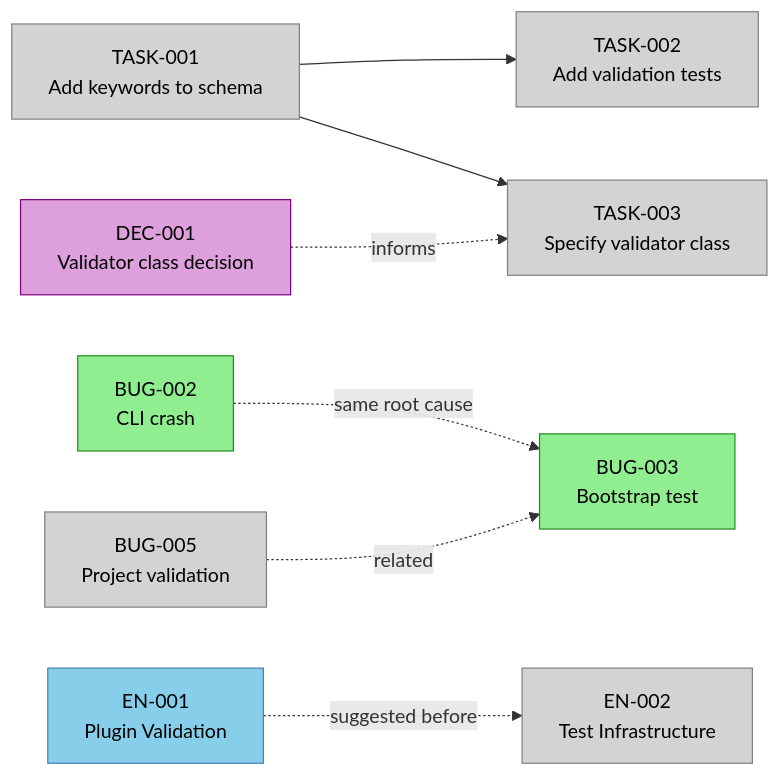
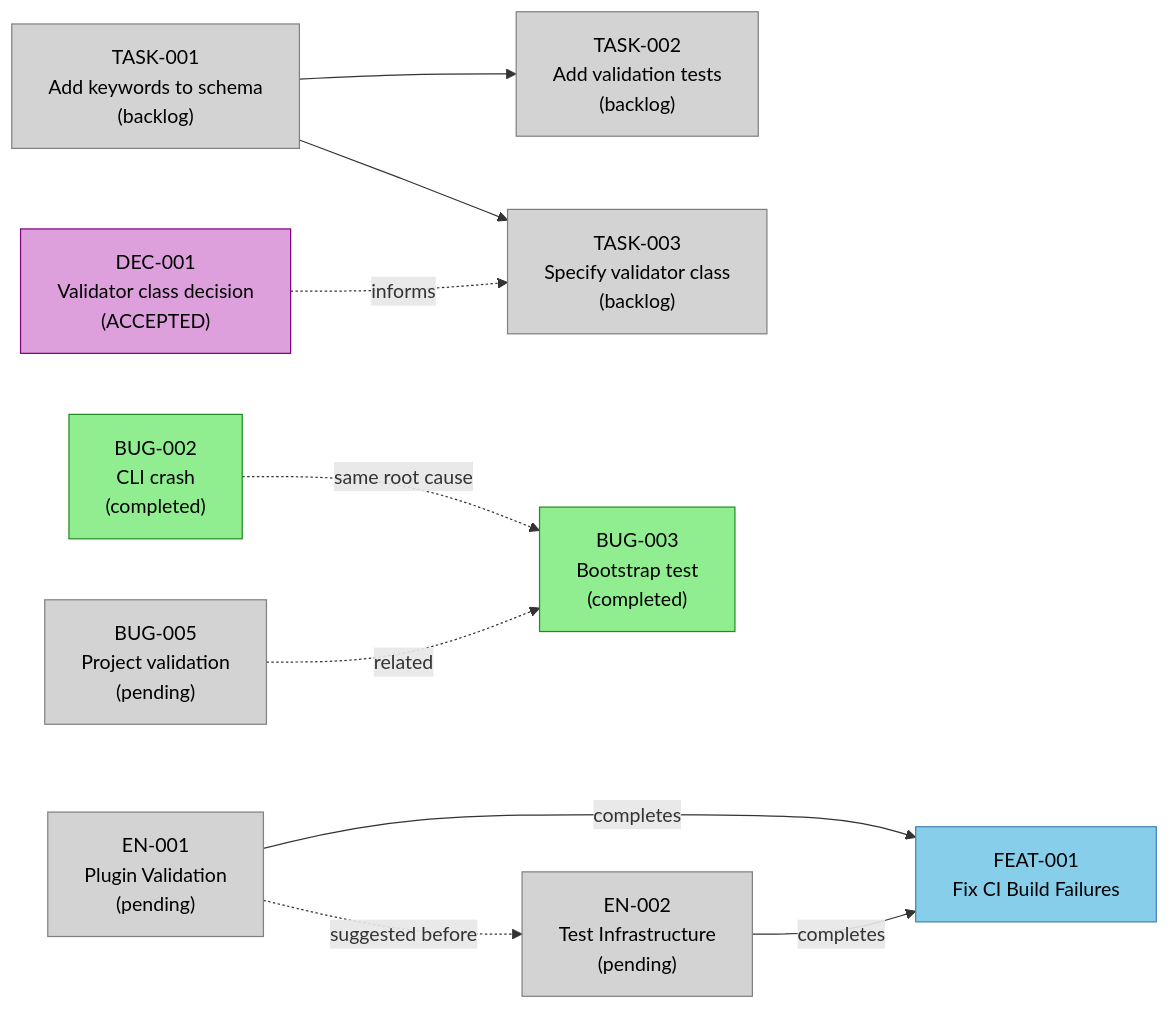
One commit to geekatron/jerry changed the second of 5 diagrams in projects/PROJ-001-oss-release/work/EPIC-001-oss-release/EPIC-001-hierarchy-visualization.md. Above: the diagram before and after it, drawn with Mermaid. The commit also changed other lines of this file, not shown here.

First line of the commit message:
docs(worktracker): add all diagram types to hierarchy visualization

````diff
--- a/projects/PROJ-001-oss-release/work/EPIC-001-oss-release/EPIC-001-hierarchy-visualization.md
+++ b/projects/PROJ-001-oss-release/work/EPIC-001-oss-release/EPIC-001-hierarchy-visualization.md
@@ -179,24 +141,40 @@
 ```mermaid
 flowchart LR
+    %% ========================================
     %% Critical dependency chain for EN-001
-    TASK001["TASK-001\nAdd keywords to schema"] --> TASK002["TASK-002\nAdd validation tests"]
-    TASK001 --> TASK003["TASK-003\nSpecify validator class"]
-    DEC001["DEC-001\nValidator class decision"] -.->|informs| TASK003
+    %% ========================================
+    TASK001["TASK-001\nAdd keywords to schema\n(backlog)"] --> TASK002["TASK-002\nAdd validation tests\n(backlog)"]
+    TASK001 --> TASK003["TASK-003\nSpecify validator class\n(backlog)"]
+    DEC001["DEC-001\nValidator class decision\n(ACCEPTED)"] -.->|informs| TASK003
 
-    %% Cross-references
-    BUG002["BUG-002\nCLI crash"] -.->|same root cause| BUG003["BUG-003\nBootstrap test"]
-    BUG005["BUG-005\nProject validation"] -.->|related| BUG003
+    %% ========================================
+    %% Cross-references between bugs
+    %% ========================================
+    BUG002["BUG-002\nCLI crash\n(completed)"] -.->|same root cause| BUG003["BUG-003\nBootstrap test\n(completed)"]
+    BUG005["BUG-005\nProject validation\n(pending)"] -.->|related| BUG003
 
-    %% Enabler sequencing
-    EN001["EN-001\nPlugin Validation"] -.->|suggested before| EN002["EN-002\nTest Infrastructure"]
+    %% ========================================
+    %% Enabler sequencing (suggested, not hard)
+    %% ========================================
+    EN001["EN-001\nPlugin Validation\n(pending)"] -.->|suggested before| EN002["EN-002\nTest Infrastructure\n(pending)"]
 
+    %% ========================================
+    %% Enabler -> Feature completion
+    %% ========================================
+    EN001 -->|"completes"| FEAT001["FEAT-001\nFix CI Build Failures"]
+    EN002 -->|"completes"| FEAT001
+
+    %% ========================================
+    %% STATUS COLOR CODING
+    %% ========================================
     style TASK001 fill:#D3D3D3,stroke:#808080,color:#000
     style TASK002 fill:#D3D3D3,stroke:#808080,color:#000
     style TASK003 fill:#D3D3D3,stroke:#808080,color:#000
     style DEC001 fill:#DDA0DD,stroke:#800080,color:#000
     style BUG002 fill:#90EE90,stroke:#228B22,color:#000
     style BUG003 fill:#90EE90,stroke:#228B22,color:#000
     style BUG005 fill:#D3D3D3,stroke:#808080,color:#000
-    style EN001 fill:#87CEEB,stroke:#4682B4,color:#000
+    style EN001 fill:#D3D3D3,stroke:#808080,color:#000
     style EN002 fill:#D3D3D3,stroke:#808080,color:#000
+    style FEAT001 fill:#87CEEB,stroke:#4682B4,color:#000
 ```
````
